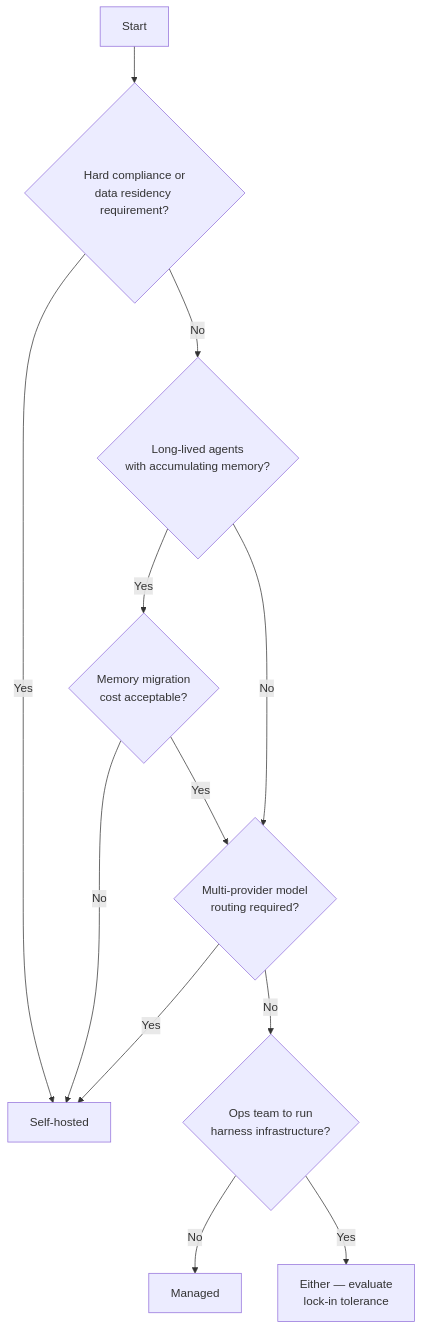
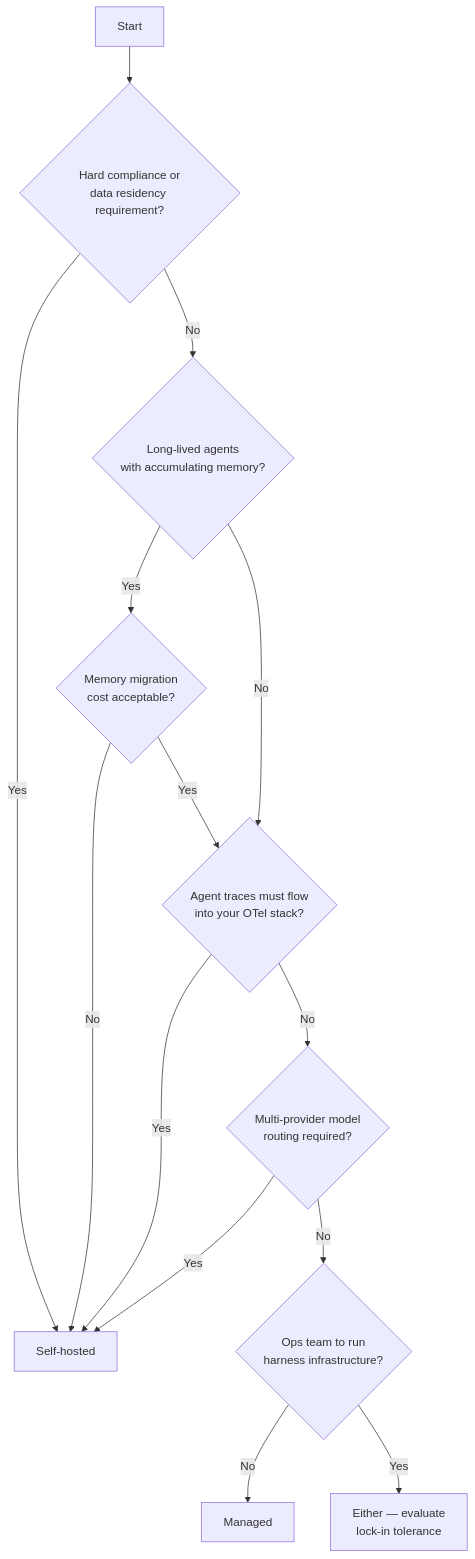
Before and after one commit to agentpatterns-ai/website: the diagram in agent-design/managed-vs-self-hosted-harness.md, drawn with Mermaid. The commit also changed other lines of this file and 928 other files, not shown here.

````diff
--- a/agent-design/managed-vs-self-hosted-harness.md
+++ b/agent-design/managed-vs-self-hosted-harness.md
@@ -53,14 +60,16 @@
 ```mermaid
 graph TD
     A[Start] --> B{Hard compliance or<br>data residency requirement?}
     B -->|Yes| C[Self-hosted]
     B -->|No| D{Long-lived agents<br>with accumulating memory?}
     D -->|Yes| E{Memory migration<br>cost acceptable?}
     E -->|No| C
-    E -->|Yes| F{Multi-provider model<br>routing required?}
-    D -->|No| F
+    E -->|Yes| OBS{Agent traces must flow<br>into your OTel stack?}
+    D -->|No| OBS
+    OBS -->|Yes| C
+    OBS -->|No| F{Multi-provider model<br>routing required?}
     F -->|Yes| C
     F -->|No| G{Ops team to run<br>harness infrastructure?}
     G -->|No| H[Managed]
     G -->|Yes| I[Either — evaluate<br>lock-in tolerance]
 ```
````
